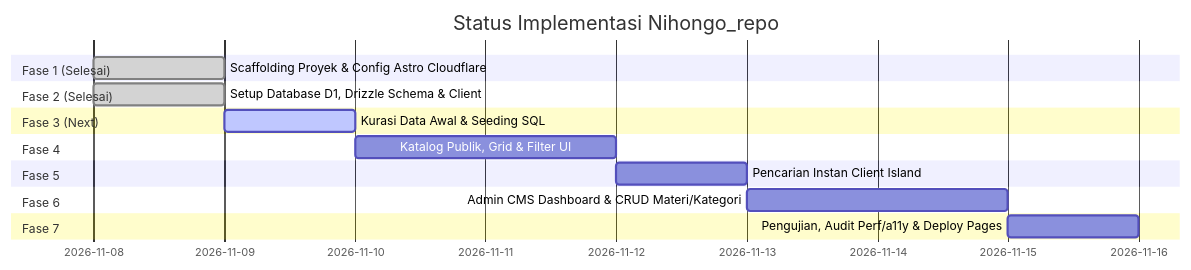
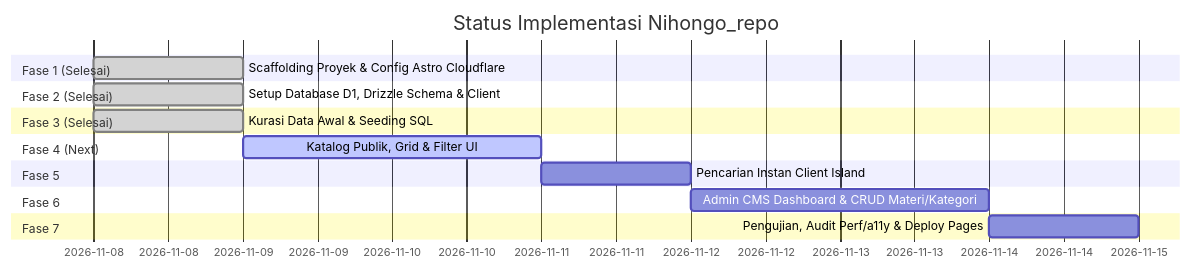
One commit to cirilalacture/Nihongo-Repo changed the diagram in doc/IMPLEMENTATION_PLAN.md. Above: the diagram before and after it, drawn with Mermaid. The commit also changed other lines of this file and 2 other files, not shown here.

Commit message:
feat: complete Phase 3 initial database seeding and admin authentication utility

````diff
--- a/doc/IMPLEMENTATION_PLAN.md
+++ b/doc/IMPLEMENTATION_PLAN.md
@@ -18,19 +18,19 @@
 ```mermaid
 gantt
     title Status Implementasi Nihongo_repo
     dateFormat  YYYY-MM-DD
     section Fase 1 (Selesai)
     Scaffolding Proyek & Config Astro Cloudflare :done, f1, 2026-11-08, 1d
     section Fase 2 (Selesai)
     Setup Database D1, Drizzle Schema & Client   :done, f2, 2026-11-08, 1d
-    section Fase 3 (Next)
-    Kurasi Data Awal & Seeding SQL                :active, f3, 2026-11-09, 1d
-    section Fase 4
-    Katalog Publik, Grid & Filter UI             :f4, after f3, 2d
+    section Fase 3 (Selesai)
+    Kurasi Data Awal & Seeding SQL                :done, f3, 2026-11-08, 1d
+    section Fase 4 (Next)
+    Katalog Publik, Grid & Filter UI             :active, f4, 2026-11-09, 2d
     section Fase 5
     Pencarian Instan Client Island               :f5, after f4, 1d
     section Fase 6
     Admin CMS Dashboard & CRUD Materi/Kategori   :f6, after f5, 2d
     section Fase 7
     Pengujian, Audit Perf/a11y & Deploy Pages    :f7, after f6, 1d
 ```
````
